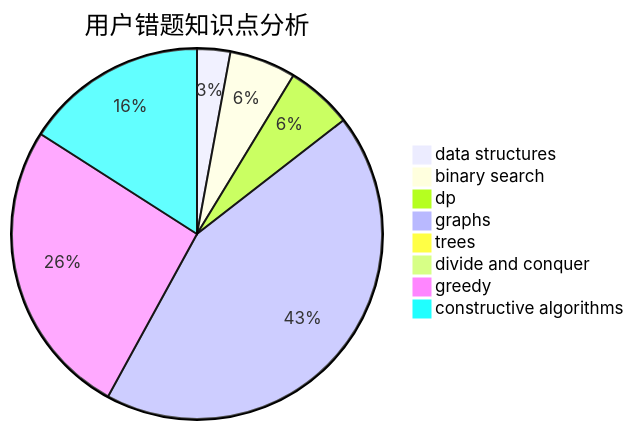
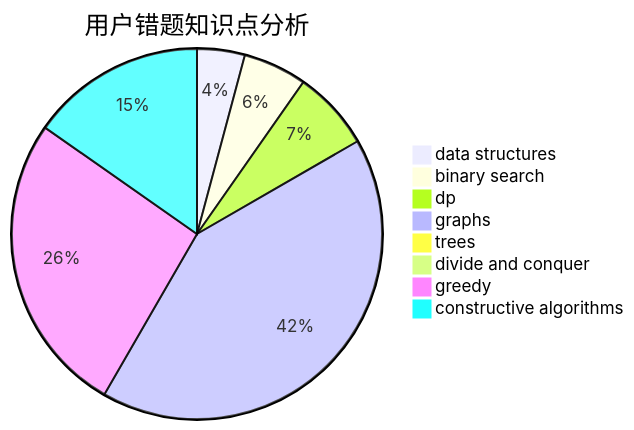
One commit to sherpahu/cfrs.github.io changed the third of 3 diagrams in docs/user/u1316.md. Above: the diagram before and after it, drawn with Mermaid. The commit also changed other lines of this file and 2770 other files, not shown here.

````diff
--- a/docs/user/u1316.md
+++ b/docs/user/u1316.md
@@ -36,11 +36,11 @@
 ```mermaid
 pie title 用户错题知识点分析
-    "data structures" :  2
+    "data structures" :  3
     "binary search" :  4
-    "dp" :  4
+    "dp" :  5
     "graphs" :  30
     "trees" :  0
     "divide and conquer" :  0
-    "greedy" :  18
+    "greedy" :  19
     "constructive algorithms" :  11
 ```
````
